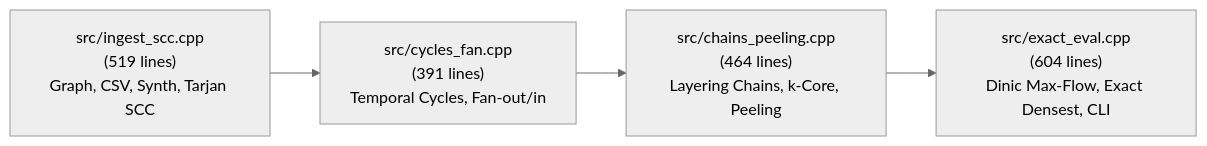
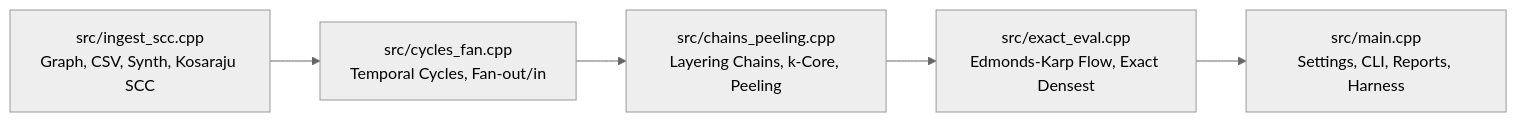
Before and after one commit to Adityaa-Saha17/money-laudering-ring-detection: the diagram in docs/CODEBASE_ANALYSIS.md, drawn with Mermaid (neutral theme). The commit also changed other lines of this file and 16 other files, not shown here.

````diff
--- a/docs/CODEBASE_ANALYSIS.md
+++ b/docs/CODEBASE_ANALYSIS.md
@@ -10,6 +10,7 @@
 ```mermaid
 flowchart LR
-    M1["src/ingest_scc.cpp<br/>(519 lines)<br/>Graph, CSV, Synth, Tarjan SCC"] --> M2["src/cycles_fan.cpp<br/>(391 lines)<br/>Temporal Cycles, Fan-out/in"]
-    M2 --> M3["src/chains_peeling.cpp<br/>(464 lines)<br/>Layering Chains, k-Core, Peeling"]
-    M3 --> M4["src/exact_eval.cpp<br/>(604 lines)<br/>Dinic Max-Flow, Exact Densest, CLI"]
+    M1["src/ingest_scc.cpp<br/>Graph, CSV, Synth, Kosaraju SCC"] --> M2["src/cycles_fan.cpp<br/>Temporal Cycles, Fan-out/in"]
+    M2 --> M3["src/chains_peeling.cpp<br/>Layering Chains, k-Core, Peeling"]
+    M3 --> M4["src/exact_eval.cpp<br/>Edmonds-Karp Flow, Exact Densest"]
+    M4 --> MAIN["src/main.cpp<br/>Settings, CLI, Reports, Harness"]
 ```
````
